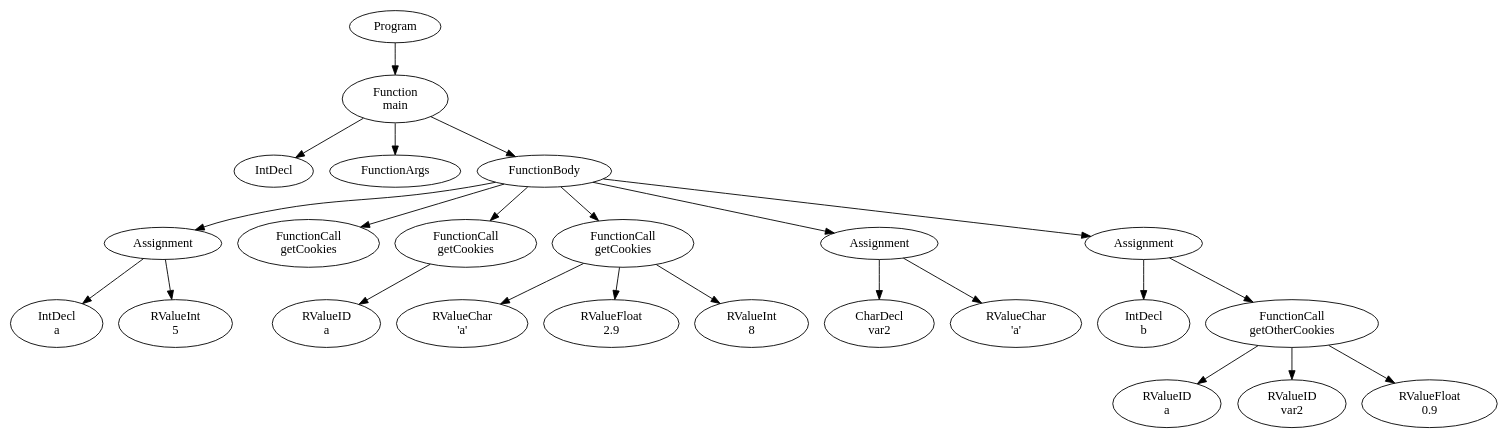
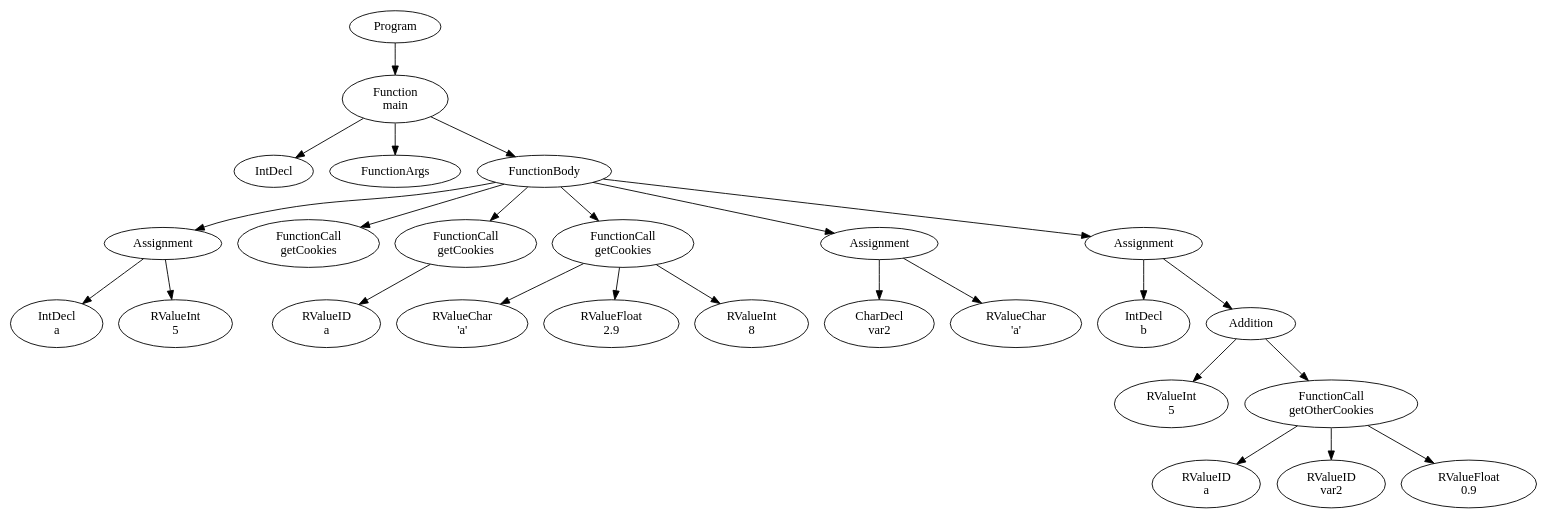
Before and after one commit to FedericoQuin/Compilers: the diagram in official/res/solutions/function_calls.dot, drawn with Graphviz. The commit also changed 3 other files, not shown here.

Commit message:
Fix to symboltable bug + slight addition to function calls test

```diff
--- a/official/res/solutions/function_calls.dot
+++ b/official/res/solutions/function_calls.dot
@@ -1,49 +1,53 @@
 digraph AST {
 1 [label="Program"];
 2 [label="Function \nmain"];
 3 [label="IntDecl"];
 4 [label="FunctionArgs"];
 5 [label="FunctionBody"];
 6 [label="Assignment"];
 7 [label="IntDecl \na"];
 8 [label="RValueInt \n5"];
 6 -> 7;
 6 -> 8;
 9 [label="FunctionCall \ngetCookies"];
 10 [label="FunctionCall \ngetCookies"];
 11 [label="RValueID \na"];
 10 -> 11;
 12 [label="FunctionCall \ngetCookies"];
 13 [label="RValueChar \n'a'"];
 14 [label="RValueFloat \n2.9"];
 15 [label="RValueInt \n8"];
 12 -> 13;
 12 -> 14;
 12 -> 15;
 16 [label="Assignment"];
 17 [label="CharDecl \nvar2"];
 18 [label="RValueChar \n'a'"];
 16 -> 17;
 16 -> 18;
 19 [label="Assignment"];
 20 [label="IntDecl \nb"];
-21 [label="FunctionCall \ngetOtherCookies"];
-22 [label="RValueID \na"];
-23 [label="RValueID \nvar2"];
-24 [label="RValueFloat \n0.9"];
+21 [label="Addition"];
+22 [label="RValueInt \n5"];
+23 [label="FunctionCall \ngetOtherCookies"];
+24 [label="RValueID \na"];
+25 [label="RValueID \nvar2"];
+26 [label="RValueFloat \n0.9"];
+23 -> 24;
+23 -> 25;
+23 -> 26;
 21 -> 22;
 21 -> 23;
-21 -> 24;
 19 -> 20;
 19 -> 21;
 5 -> 6;
 5 -> 9;
 5 -> 10;
 5 -> 12;
 5 -> 16;
 5 -> 19;
 2 -> 3;
 2 -> 4;
 2 -> 5;
 1 -> 2;
 }
```
